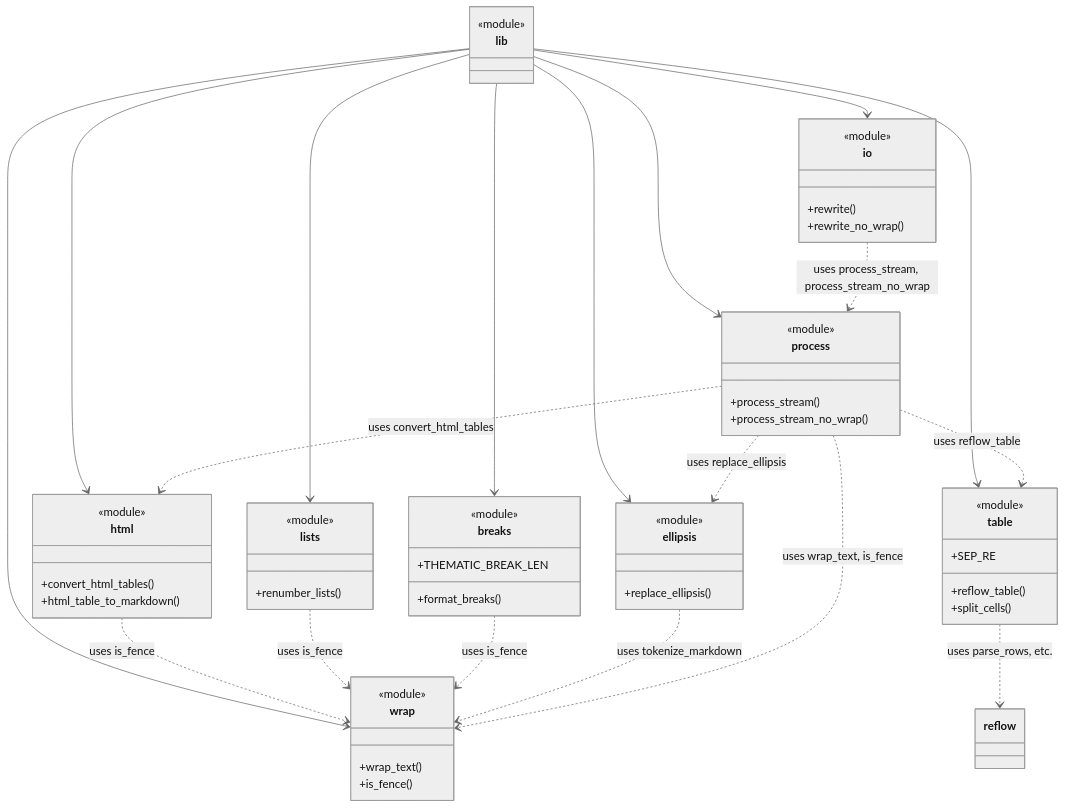
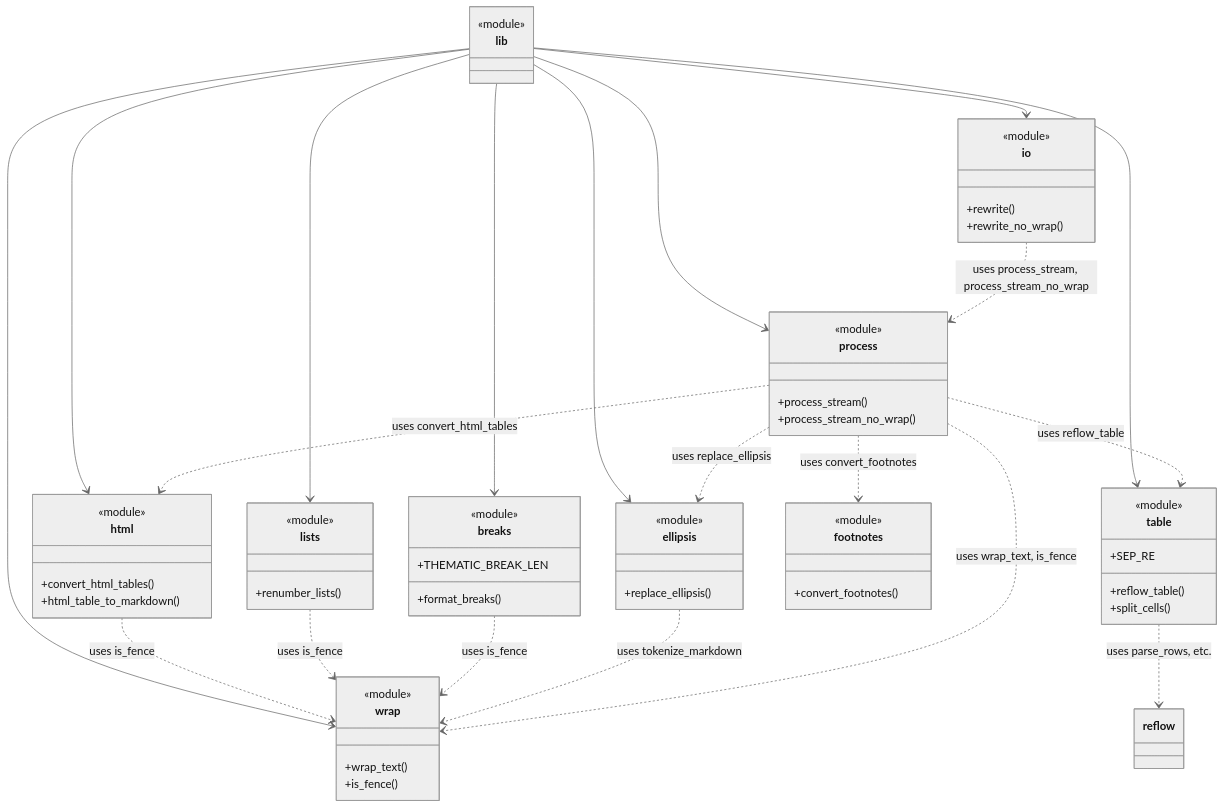
The diagram in docs/module-relationships.md (leynos/mdtablefix), drawn with Mermaid (neutral theme) before and after one commit. The commit also changed other lines of this file and 9 other files, not shown here.

````diff
--- a/docs/module-relationships.md
+++ b/docs/module-relationships.md
@@ -5,63 +5,68 @@
 ```mermaid
 classDiagram
     class lib {
         <<module>>
     }
     class html {
         <<module>>
         +convert_html_tables()
         +html_table_to_markdown()
     }
     class table {
         <<module>>
         +reflow_table()
         +split_cells()
         +SEP_RE
     }
     class wrap {
         <<module>>
         +wrap_text()
         +is_fence()
     }
     class lists {
         <<module>>
         +renumber_lists()
     }
     class breaks {
         <<module>>
         +format_breaks()
         +THEMATIC_BREAK_LEN
     }
     class ellipsis {
         <<module>>
         +replace_ellipsis()
     }
+    class footnotes {
+        <<module>>
+        +convert_footnotes()
+    }
     class process {
         <<module>>
         +process_stream()
         +process_stream_no_wrap()
     }
     class io {
         <<module>>
         +rewrite()
         +rewrite_no_wrap()
     }
     lib --> html
     lib --> table
     lib --> wrap
     lib --> lists
     lib --> breaks
     lib --> ellipsis
     lib --> process
     lib --> io
     html ..> wrap : uses is_fence
     table ..> reflow : uses parse_rows, etc.
     lists ..> wrap : uses is_fence
     breaks ..> wrap : uses is_fence
     ellipsis ..> wrap : uses tokenize_markdown
     process ..> html : uses convert_html_tables
     process ..> table : uses reflow_table
     process ..> wrap : uses wrap_text, is_fence
     process ..> ellipsis : uses replace_ellipsis
+    process ..> footnotes : uses convert_footnotes
     io ..> process : uses process_stream, process_stream_no_wrap
 ```
````
